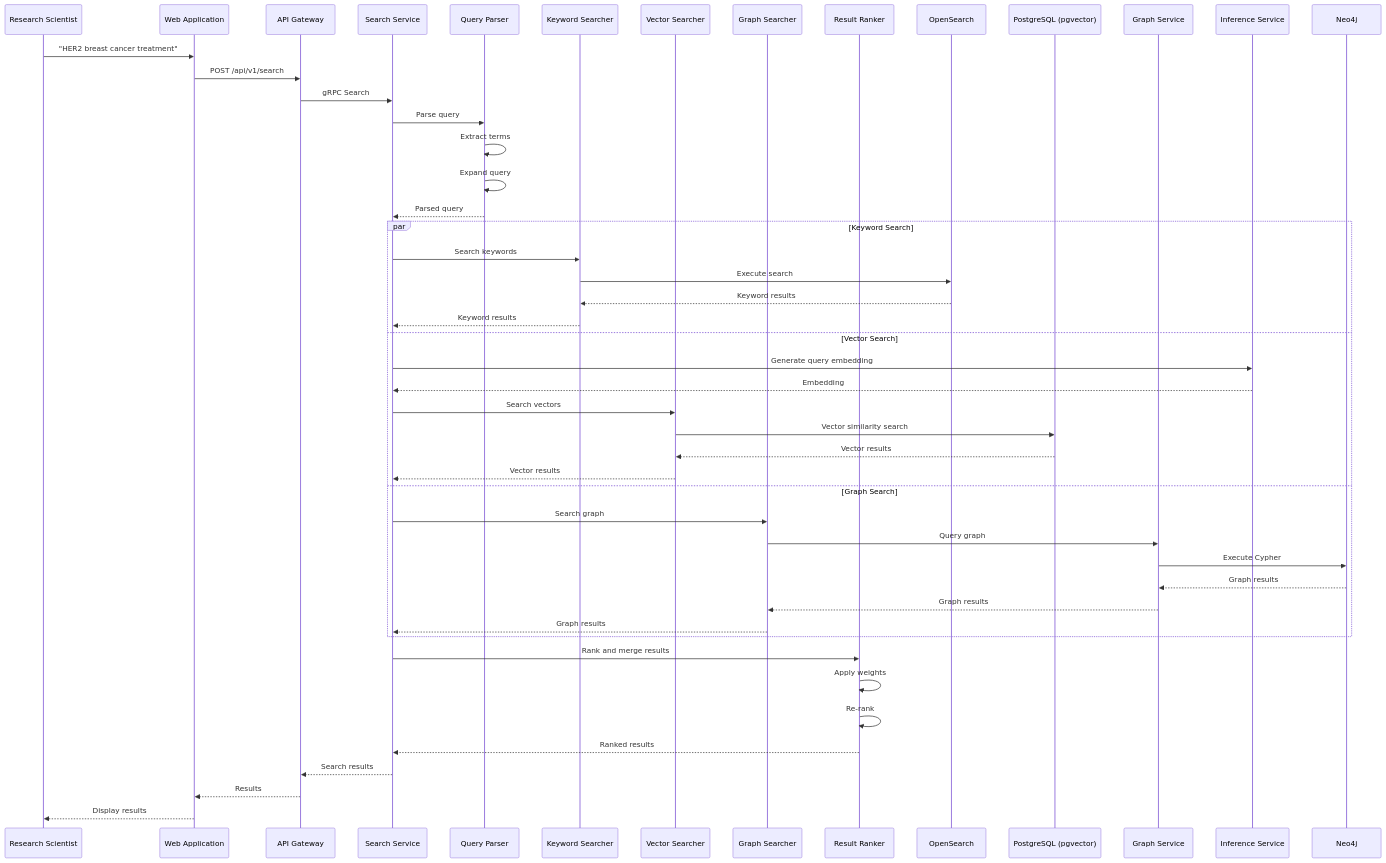
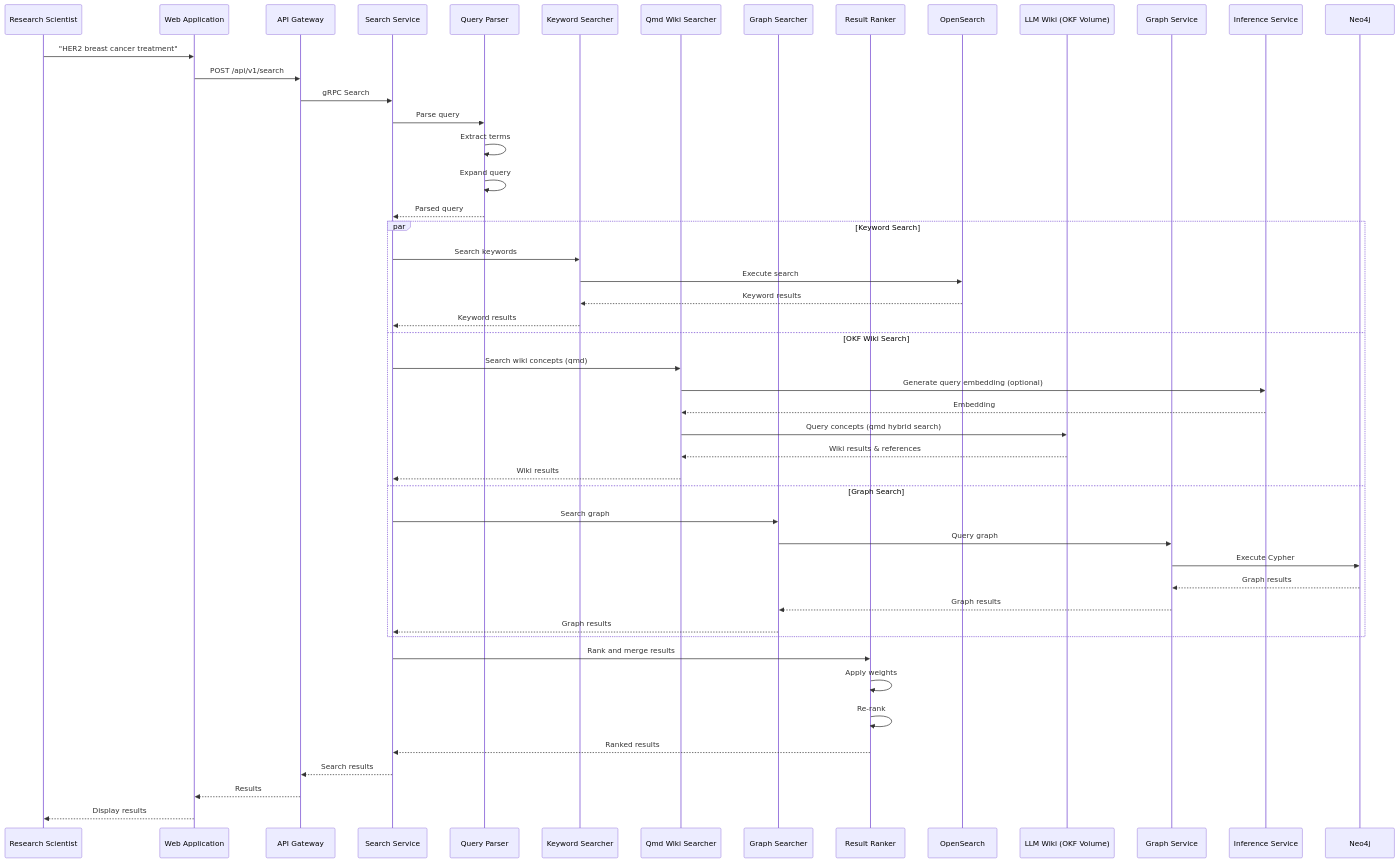
One commit to OpenHealthAgents/AI-RxOS changed the seventh of 17 diagrams in architecture/10-sequence-diagrams.md. Above: the diagram before and after it, drawn with Mermaid. The commit also changed other lines of this file and 13 other files, not shown here.

Commit message:
docs: Migrate from PGVector to LLM Wiki (OKF/qmd) and integrate Better Auth across requirement documents & deployment diagrams

````diff
--- a/architecture/10-sequence-diagrams.md
+++ b/architecture/10-sequence-diagrams.md
@@ -287,55 +309,55 @@
 ```mermaid
 sequenceDiagram
     participant User as Research Scientist
     participant WebApp as Web Application
     participant APIGateway as API Gateway
     participant SearchService as Search Service
     participant QueryParser as Query Parser
     participant KeywordSearcher as Keyword Searcher
-    participant VectorSearcher as Vector Searcher
+    participant QmdSearcher as Qmd Wiki Searcher
     participant GraphSearcher as Graph Searcher
     participant ResultRanker as Result Ranker
     participant OpenSearch as OpenSearch
-    participant PostgreSQL as PostgreSQL (pgvector)
+    participant OKFWiki as LLM Wiki (OKF Volume)
     participant GraphService as Graph Service
     participant InferenceService as Inference Service
     
     User->>WebApp: "HER2 breast cancer treatment"
     WebApp->>APIGateway: POST /api/v1/search
     APIGateway->>SearchService: gRPC Search
     
     SearchService->>QueryParser: Parse query
     QueryParser->>QueryParser: Extract terms
     QueryParser->>QueryParser: Expand query
     QueryParser-->>SearchService: Parsed query
     
     par Keyword Search
         SearchService->>KeywordSearcher: Search keywords
         KeywordSearcher->>OpenSearch: Execute search
         OpenSearch-->>KeywordSearcher: Keyword results
         KeywordSearcher-->>SearchService: Keyword results
-    and Vector Search
-        SearchService->>InferenceService: Generate query embedding
-        InferenceService-->>SearchService: Embedding
-        SearchService->>VectorSearcher: Search vectors
-        VectorSearcher->>PostgreSQL: Vector similarity search
-        PostgreSQL-->>VectorSearcher: Vector results
-        VectorSearcher-->>SearchService: Vector results
+    and OKF Wiki Search
+        SearchService->>QmdSearcher: Search wiki concepts (qmd)
+        QmdSearcher->>InferenceService: Generate query embedding (optional)
+        InferenceService-->>QmdSearcher: Embedding
+        QmdSearcher->>OKFWiki: Query concepts (qmd hybrid search)
+        OKFWiki-->>QmdSearcher: Wiki results & references
+        QmdSearcher-->>SearchService: Wiki results
     and Graph Search
         SearchService->>GraphSearcher: Search graph
         GraphSearcher->>GraphService: Query graph
         GraphService->>Neo4j: Execute Cypher
         Neo4j-->>GraphService: Graph results
         GraphService-->>GraphSearcher: Graph results
         GraphSearcher-->>SearchService: Graph results
     end
     
     SearchService->>ResultRanker: Rank and merge results
     ResultRanker->>ResultRanker: Apply weights
     ResultRanker->>ResultRanker: Re-rank
     ResultRanker-->>SearchService: Ranked results
     
     SearchService-->>APIGateway: Search results
     APIGateway-->>WebApp: Results
     WebApp-->>User: Display results
 ```
````
